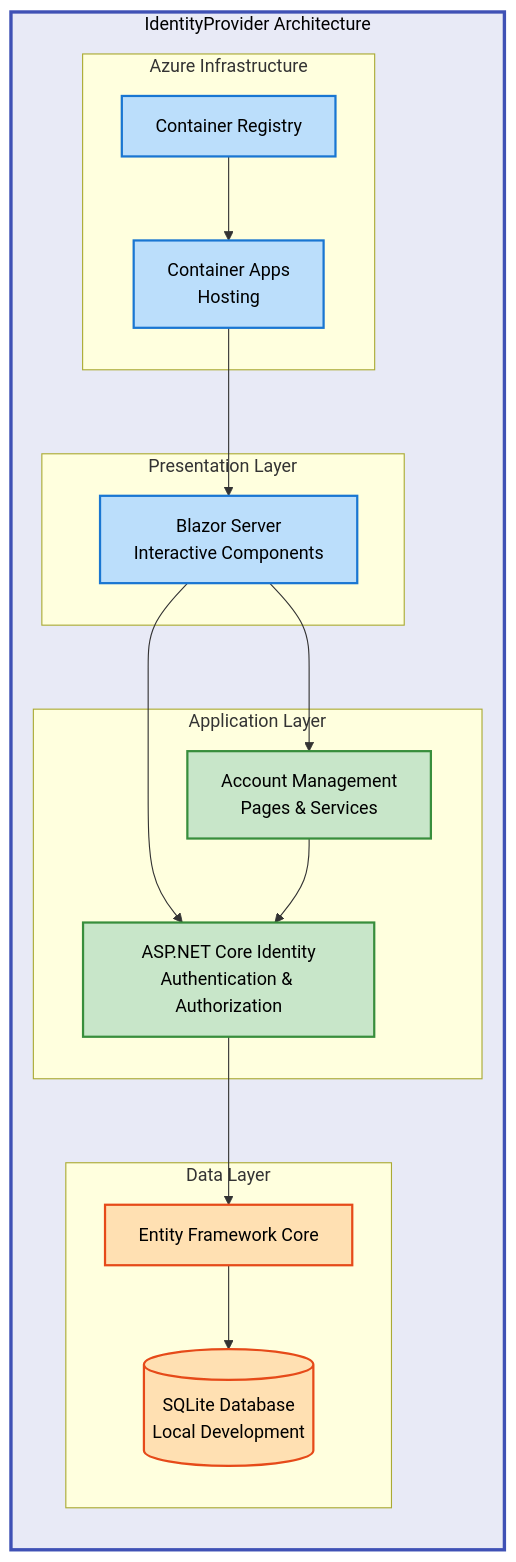
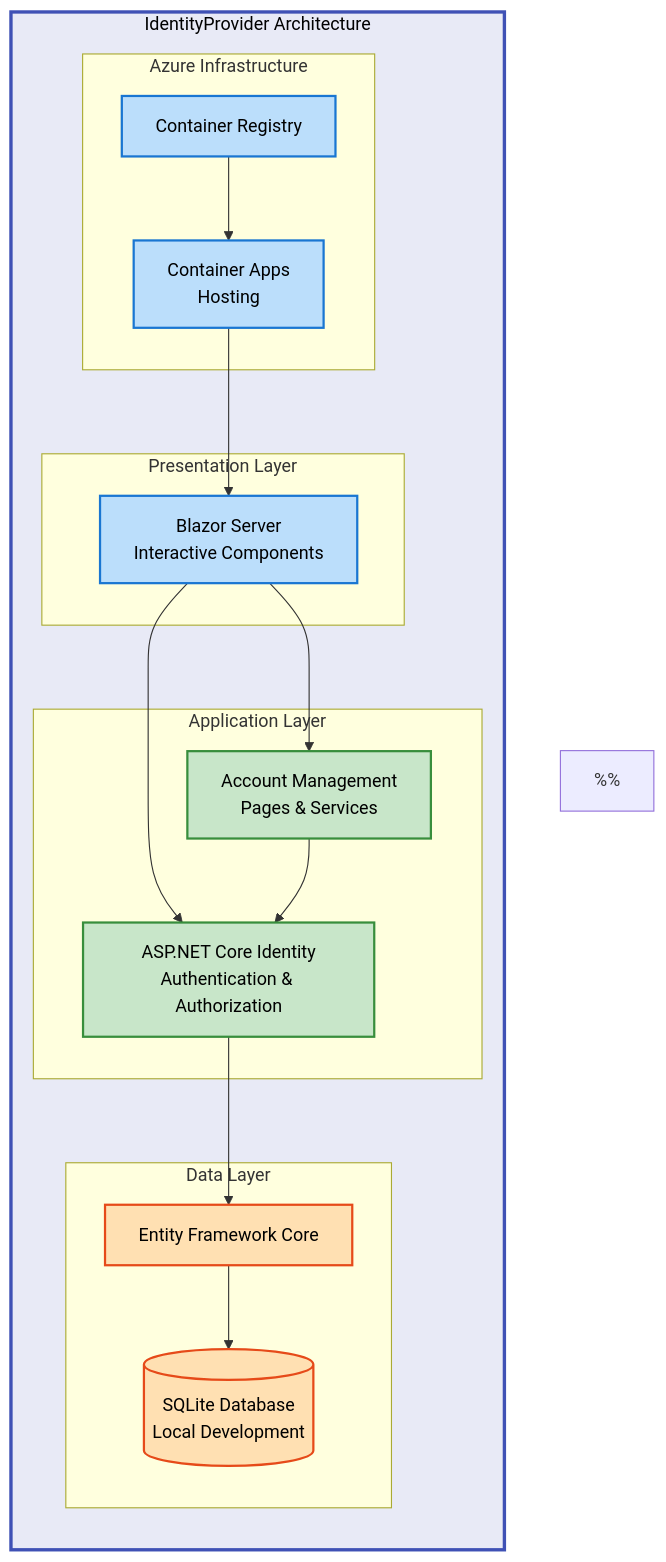
Before and after one commit to Evilazaro/IdentityProvider: the diagram in README.md, drawn with Mermaid.

Commit message:
Enhance architecture diagram in README.md with detailed color scheme documentation and improved visual hierarchy for clarity

````diff
--- a/README.md
+++ b/README.md
@@ -35,41 +35,80 @@
 ```mermaid
 %%{init: {"flowchart": {"htmlLabels": false}} }%%
 flowchart TB
+    %% ============================================
+    %% STANDARD COLOR SCHEME - DO NOT MODIFY
+    %% ============================================
+    %% Main Group Level (Neutral background)
     classDef mainGroup fill:#E8EAF6,stroke:#3F51B5,stroke-width:3px,color:#000
+
+    %% Sub Group Level
+    classDef subGroup fill:#C5CAE9,stroke:#3F51B5,stroke-width:2px,color:#000
+
+    %% Content Level (Semantic colors)
     classDef mdBlue fill:#BBDEFB,stroke:#1976D2,stroke-width:2px,color:#000
     classDef mdGreen fill:#C8E6C9,stroke:#388E3C,stroke-width:2px,color:#000
+    classDef mdRed fill:#FFCDD2,stroke:#D32F2F,stroke-width:2px,color:#000
+    classDef mdYellow fill:#FFF9C4,stroke:#F57F17,stroke-width:2px,color:#000
     classDef mdOrange fill:#FFE0B2,stroke:#E64A19,stroke-width:2px,color:#000
+    classDef mdPurple fill:#E1BEE7,stroke:#7B1FA2,stroke-width:2px,color:#000
+    classDef mdTeal fill:#B2DFDB,stroke:#00796B,stroke-width:2px,color:#000
+    classDef mdGrey fill:#F5F5F5,stroke:#616161,stroke-width:2px,color:#000
+    %% ============================================
 
+    %% ============================================
+    %% COLOR SCHEME DOCUMENTATION
+    %% ============================================
+    %% Level 1 (Main Groups): Indigo 50 (#E8EAF6)
+    %%   - Used for: Top-level architecture container
+    %%   - Purpose: Visual separation and hierarchy
+    %%   - Stroke: Indigo 500 (#3F51B5), 3px
+    %%
+    %% Level 2 (Sub Groups): None in this diagram
+    %%
+    %% Level 3 (Content): Material Design semantic colors
+    %%   - Blue (#BBDEFB): Presentation layer, Azure hosting
+    %%   - Green (#C8E6C9): Application layer, business logic
+    %%   - Orange (#FFE0B2): Data layer, persistence
+    %% ============================================
+
+    %% Main architecture container
     subgraph system["IdentityProvider Architecture"]
         direction TB
 
         subgraph presentation["Presentation Layer"]
             blazor["Blazor Server<br/>Interactive Components"]:::mdBlue
         end
 
         subgraph application["Application Layer"]
             identity["ASP.NET Core Identity<br/>Authentication & Authorization"]:::mdGreen
             account["Account Management<br/>Pages & Services"]:::mdGreen
         end
 
         subgraph data["Data Layer"]
             ef["Entity Framework Core"]:::mdOrange
             db[("SQLite Database<br/>Local Development")]:::mdOrange
         end
 
         subgraph azure["Azure Infrastructure"]
             aca["Container Apps<br/>Hosting"]:::mdBlue
             acr["Container Registry"]:::mdBlue
         end
 
+        %% Presentation → Application Layer: UI interacts with auth services
         blazor --> identity
         blazor --> account
+
+        %% Application Layer: Account management uses Identity services
         account --> identity
+
+        %% Application → Data Layer: Identity persists to database via EF Core
         identity --> ef
         ef --> db
+
+        %% Azure Infrastructure: Container Apps hosts the application
         aca --> blazor
         acr --> aca
     end
 
     class system mainGroup
 ```
````
